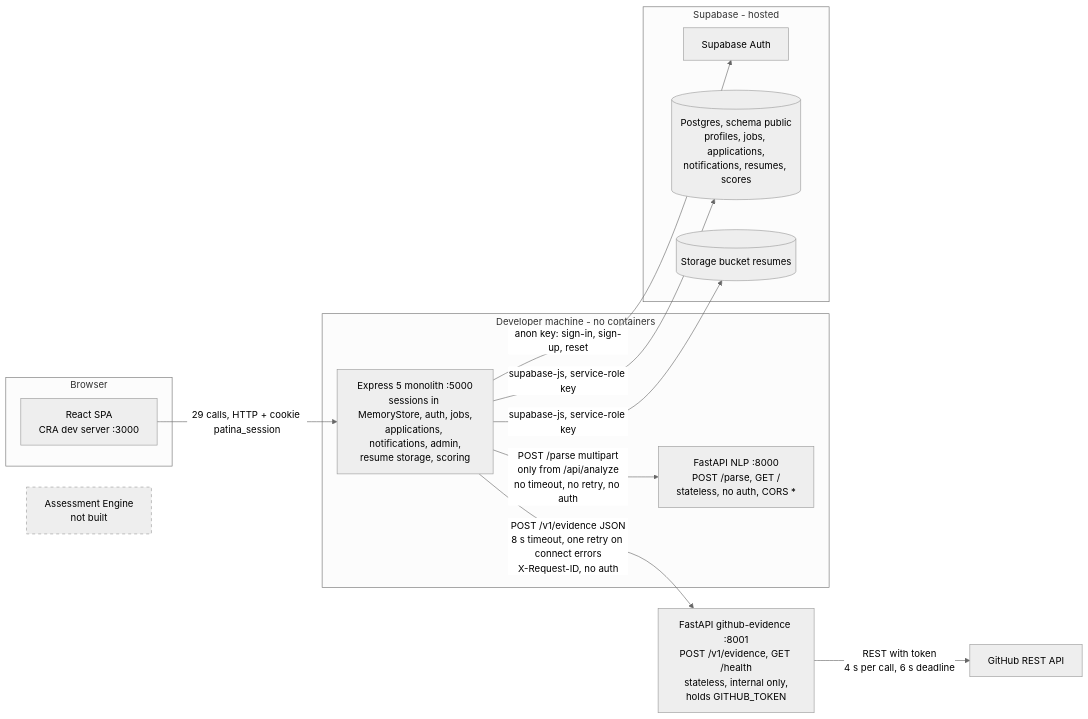
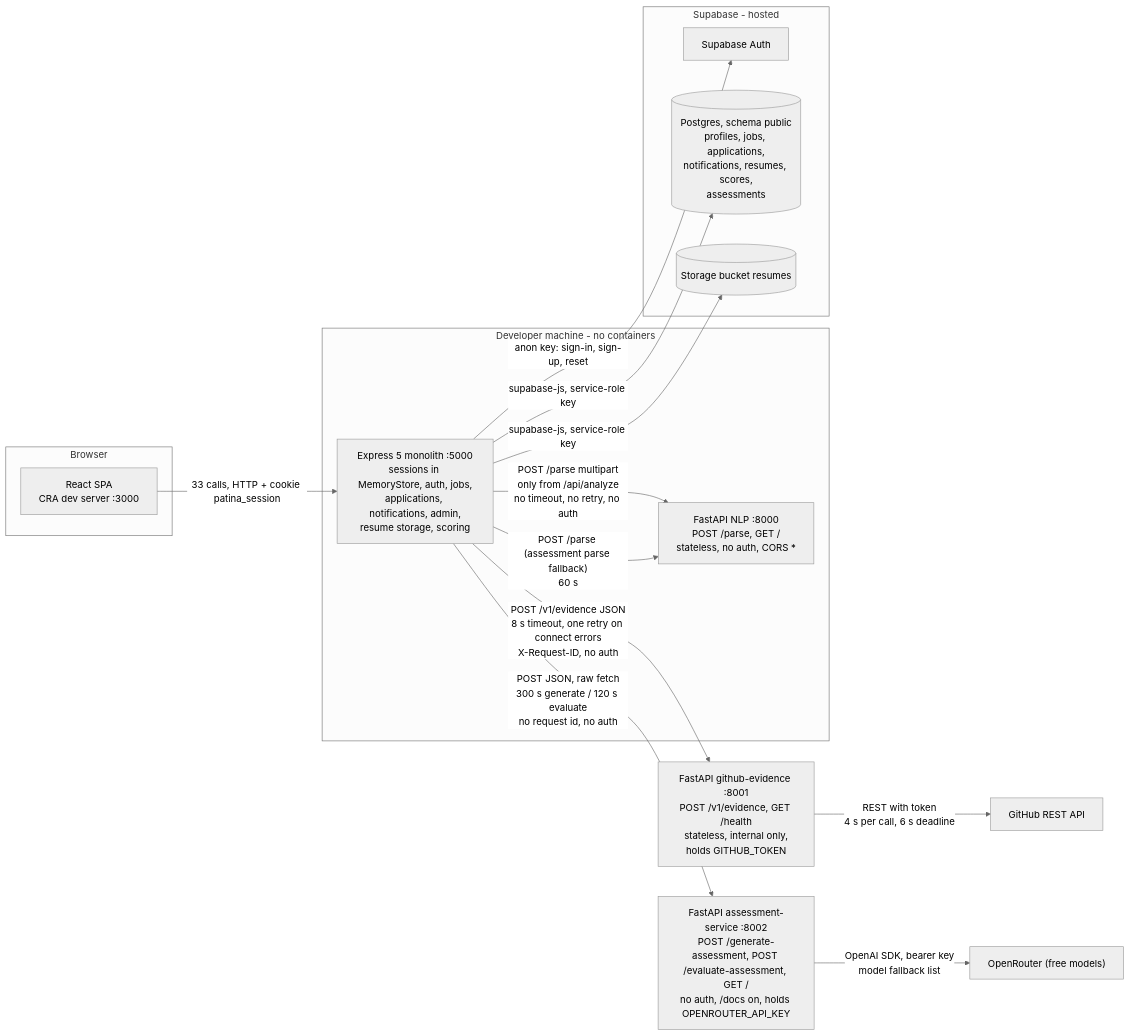
The first of 2 diagrams in ARCHITECTURE.md (C72-BTECH-PROJECT/Patina), drawn with Mermaid (neutral theme) before and after one commit. The commit also changed other lines of this file and 17 other files, not shown here.

First line of the commit message:
Integrate assessment service into V3

````diff
--- a/ARCHITECTURE.md
+++ b/ARCHITECTURE.md
@@ -44,27 +49,29 @@
 ```mermaid
 flowchart LR
   subgraph browser [Browser]
     FE["React SPA<br/>CRA dev server :3000"]
   end
   subgraph host [Developer machine - no containers]
     BE["Express 5 monolith :5000<br/>sessions in MemoryStore, auth, jobs,<br/>applications, notifications, admin,<br/>resume storage, scoring"]
     NLP["FastAPI NLP :8000<br/>POST /parse, GET /<br/>stateless, no auth, CORS *"]
   end
   subgraph supa [Supabase - hosted]
     AUTH["Supabase Auth"]
-    DB[("Postgres, schema public<br/>profiles, jobs, applications,<br/>notifications, resumes, scores")]
+    DB[("Postgres, schema public<br/>profiles, jobs, applications,<br/>notifications, resumes, scores,<br/>assessments")]
     ST[("Storage bucket resumes")]
   end
   GHE["FastAPI github-evidence :8001<br/>POST /v1/evidence, GET /health<br/>stateless, internal only,<br/>holds GITHUB_TOKEN"]
   GHAPI["GitHub REST API"]
-  AS["Assessment Engine<br/>not built"]
-  FE -->|"29 calls, HTTP + cookie patina_session"| BE
+  AS["FastAPI assessment-service :8002<br/>POST /generate-assessment, POST /evaluate-assessment, GET /<br/>no auth, /docs on, holds OPENROUTER_API_KEY"]
+  LLM["OpenRouter (free models)"]
+  FE -->|"33 calls, HTTP + cookie patina_session"| BE
   BE -->|"POST /parse multipart<br/>only from /api/analyze<br/>no timeout, no retry, no auth"| NLP
   BE -->|"POST /v1/evidence JSON<br/>8 s timeout, one retry on connect errors<br/>X-Request-ID, no auth"| GHE
   GHE -->|"REST with token<br/>4 s per call, 6 s deadline"| GHAPI
   BE -->|"supabase-js, service-role key"| DB
   BE -->|"supabase-js, service-role key"| ST
   BE -->|"anon key: sign-in, sign-up, reset"| AUTH
-  classDef missing stroke-dasharray: 5 5
-  class AS missing
+  BE -->|"POST JSON, raw fetch<br/>300 s generate / 120 s evaluate<br/>no request id, no auth"| AS
+  BE -->|"POST /parse (assessment parse fallback)<br/>60 s"| NLP
+  AS -->|"OpenAI SDK, bearer key<br/>model fallback list"| LLM
 ```
````
